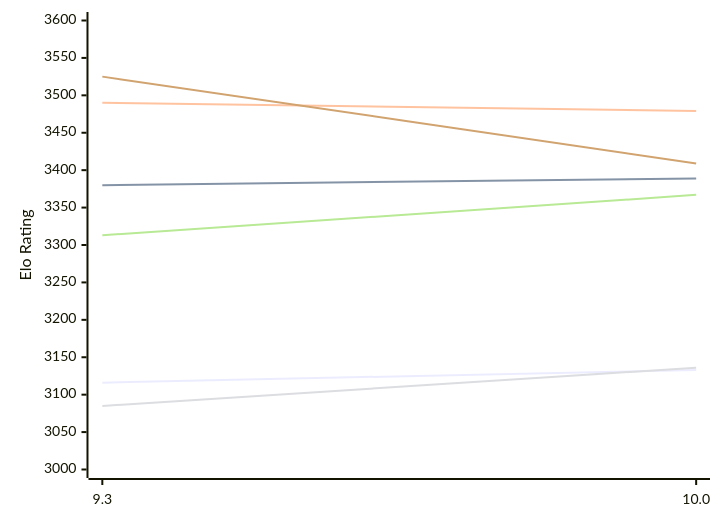
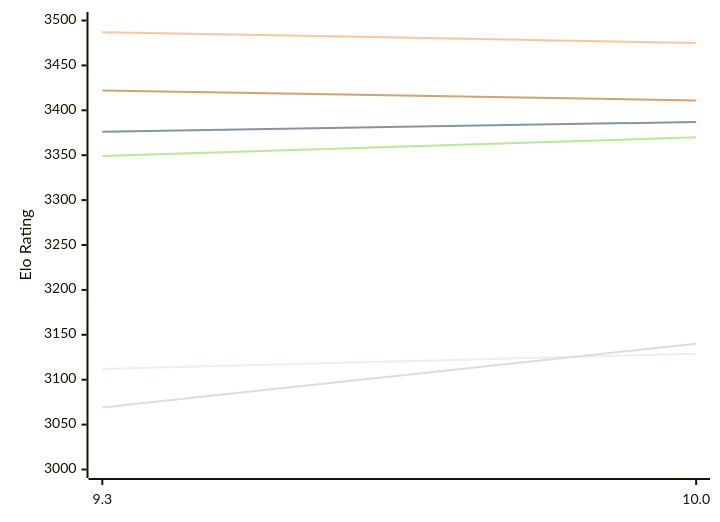
Before and after one commit to computer-chess-index/cci: the first of 2 diagrams in engines/Fire.md, drawn with Mermaid. The commit also changed other lines of this file, not shown here.

Commit message:
Update CCI Ratings (ELO VLTC) - 2026-11-21

````diff
--- a/engines/Fire.md
+++ b/engines/Fire.md
@@ -50,12 +50,12 @@
 ```mermaid
 %%{init: {"theme":"base","themeVariables":{"seriesColors:['#a3a3a3','#222221','#faa371']}}}%%
 xychart-beta
   x-axis ["9.3", "10.0"]
-  y-axis "Elo Rating" 3000 --> 3600
-  line "E1: STC (8.0+0.08s)" [3116, 3133]
-  line "E1: LTC (60.0+0.60s)" [3380, 3389]
-  line "E1: VLTC (2m24s+1.12s)" [3490, 3479]
-  line "P1: STC (8.0+0.08s)" [3085, 3136]
-  line "P1: LTC (60.0+0.60s)" [3313, 3367]
-  line "P1: VLTC (2m24s+1.12s)" [3525, 3409]
+  y-axis "Elo Rating" 3000 --> 3500
+  line "E1: STC (8.0+0.08s)" [3112, 3129]
+  line "E1: LTC (60.0+0.60s)" [3376, 3387]
+  line "E1: VLTC (2m24s+1.12s)" [3487, 3475]
+  line "P1: STC (8.0+0.08s)" [3069, 3140]
+  line "P1: LTC (60.0+0.60s)" [3349, 3370]
+  line "P1: VLTC (2m24s+1.12s)" [3422, 3411]
 ```
````
